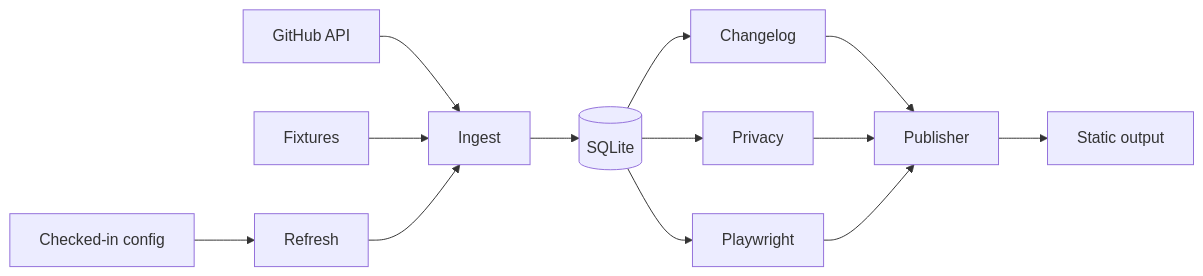
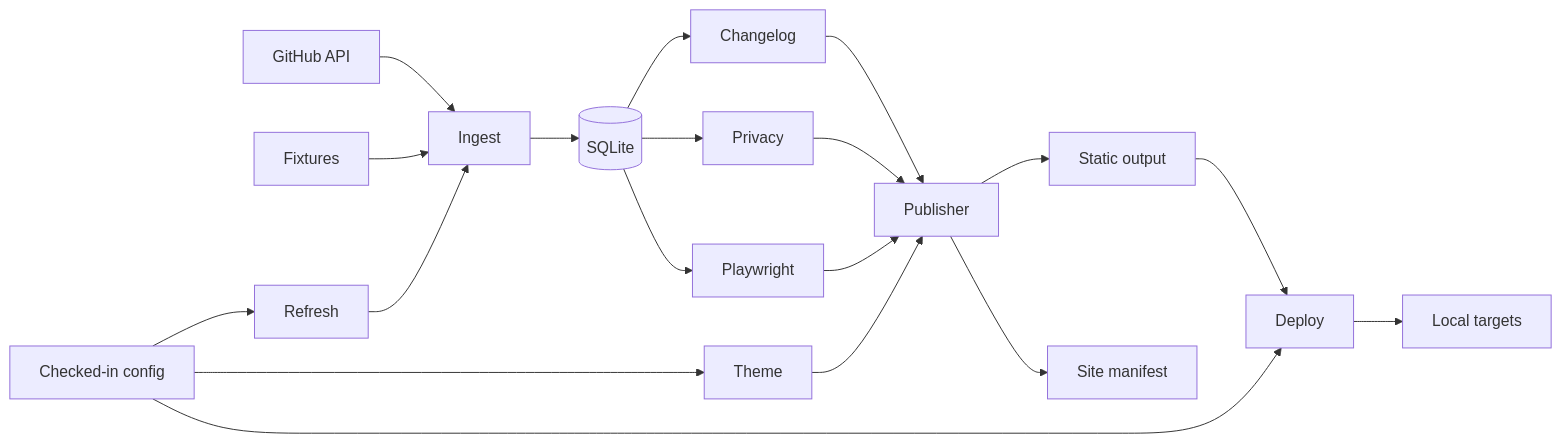
One commit to DanielCuevas1208/engineer-profile changed the diagram in README.md. Above: the diagram before and after it, drawn with Mermaid. The commit also changed other lines of this file and 22 other files, not shown here.

````diff
--- a/README.md
+++ b/README.md
@@ -20,15 +23,21 @@
 ```mermaid
 flowchart LR
   C[Checked-in config] --> R[Refresh]
   G[GitHub API] --> I[Ingest]
   F[Fixtures] --> I
   R --> I
   I --> D[(SQLite)]
   D --> L[Changelog]
   D --> P[Privacy]
   D --> S[Playwright]
   L --> W[Publisher]
   P --> W
   S --> W
+  T[Theme] --> W
   W --> O[Static output]
+  W --> M[Site manifest]
+  O --> A[Deploy]
+  C --> T
+  C --> A
+  A --> Y[Local targets]
 ```
````
